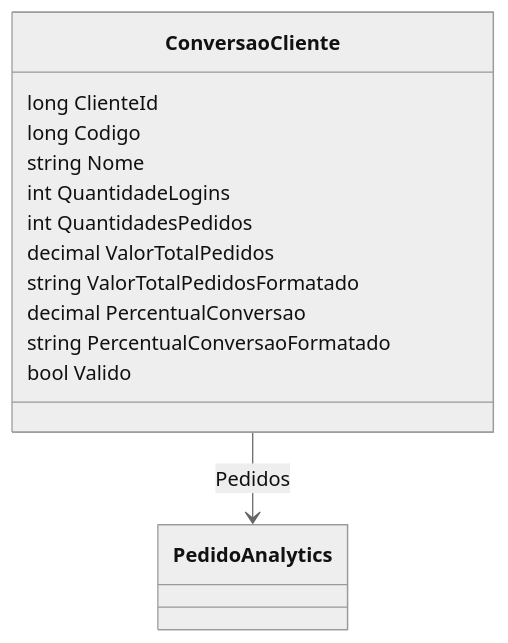
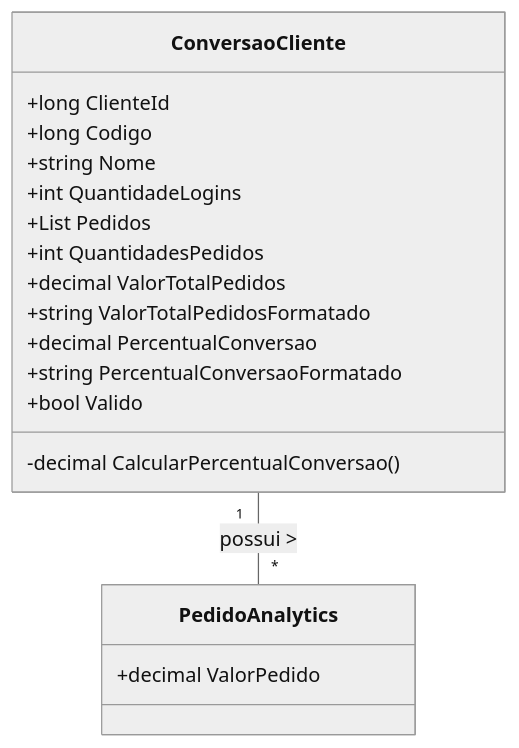
The second of 2 diagrams in docs/b2b-dominio/IsthmusWinthor.Nucleo/IsthmusWinthor.Dominio/Analytics/Pedidos/ConversaoCliente.md (IsthmusSistemas/documentacao-tecnica), drawn with Mermaid (neutral theme) before and after one commit. The commit also changed other lines of this file and 882 other files, not shown here.

````diff
--- a/docs/b2b-dominio/IsthmusWinthor.Nucleo/IsthmusWinthor.Dominio/Analytics/Pedidos/ConversaoCliente.md
+++ b/docs/b2b-dominio/IsthmusWinthor.Nucleo/IsthmusWinthor.Dominio/Analytics/Pedidos/ConversaoCliente.md
@@ -49,18 +40,23 @@
 ```mermaid
 classDiagram
     class ConversaoCliente {
-        long ClienteId
-        long Codigo
-        string Nome
-        int QuantidadeLogins
-        int QuantidadesPedidos
-        decimal ValorTotalPedidos
-        string ValorTotalPedidosFormatado
-        decimal PercentualConversao
-        string PercentualConversaoFormatado
-        bool Valido
+        +long ClienteId
+        +long Codigo
+        +string Nome
+        +int QuantidadeLogins
+        +List<PedidoAnalytics> Pedidos
+        +int QuantidadesPedidos
+        +decimal ValorTotalPedidos
+        +string ValorTotalPedidosFormatado
+        +decimal PercentualConversao
+        +string PercentualConversaoFormatado
+        +bool Valido
+        -decimal CalcularPercentualConversao()
     }
-    class PedidoAnalytics
 
-    ConversaoCliente --> PedidoAnalytics: Pedidos
+    class PedidoAnalytics {
+        +decimal ValorPedido
+    }
+
+    ConversaoCliente "1" -- "*" PedidoAnalytics : possui >
 ```
````
